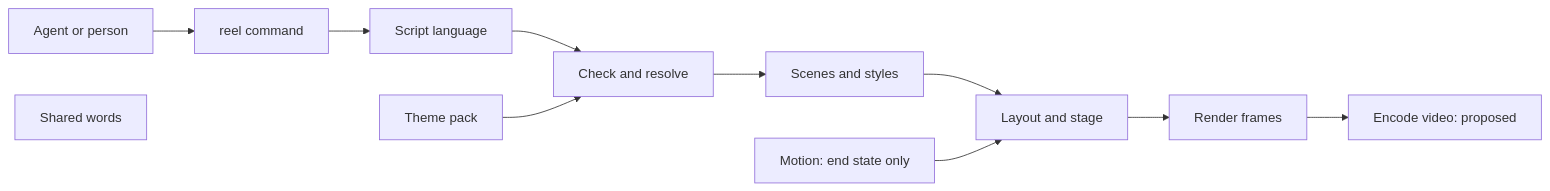
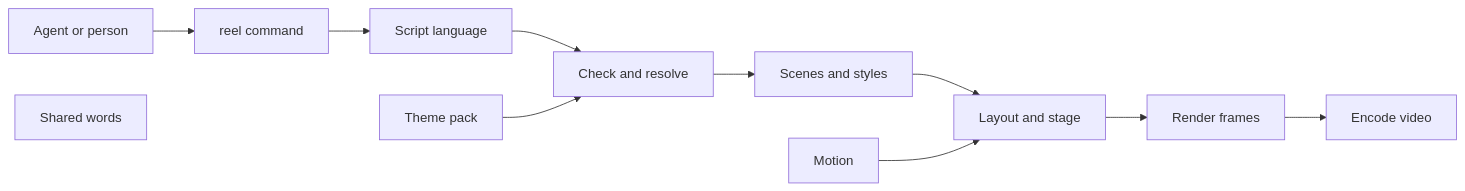
The diagram in docs/state/README.md (nessalabs/nessa-video), drawn with Mermaid before and after one commit. The commit also changed other lines of this file and 23 other files, not shown here.

First line of the commit message:
Add motion and reel render with built-in x264

````diff
--- a/docs/state/README.md
+++ b/docs/state/README.md
@@ -31,13 +34,13 @@
 ```mermaid
 flowchart LR
     Agent[Agent or person] --> CLI[reel command]
     CLI --> Script[Script language]
     Script --> Resolve[Check and resolve]
     Theme[Theme pack] --> Resolve
     Resolve --> Composition[Scenes and styles]
     Composition --> Stage[Layout and stage]
-    Motion[Motion: end state only] --> Stage
+    Motion[Motion] --> Stage
     Stage --> Render[Render frames]
-    Render --> Encode[Encode video: proposed]
+    Render --> Encode[Encode video]
     Words[Shared words]
 ```
````
